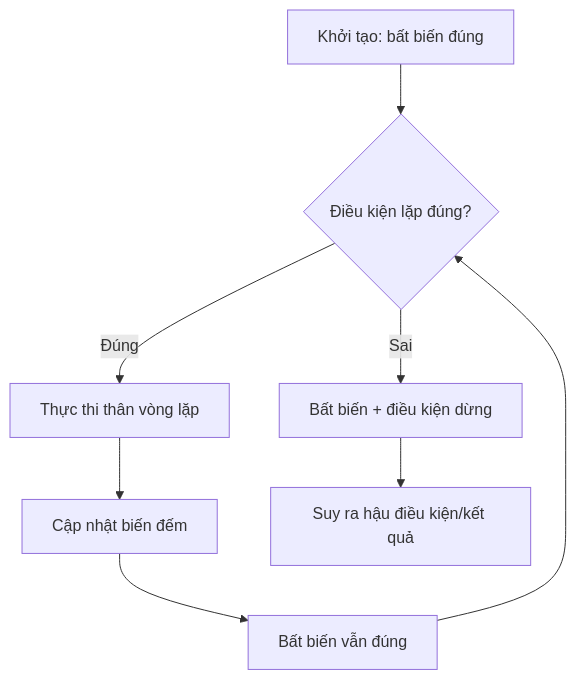
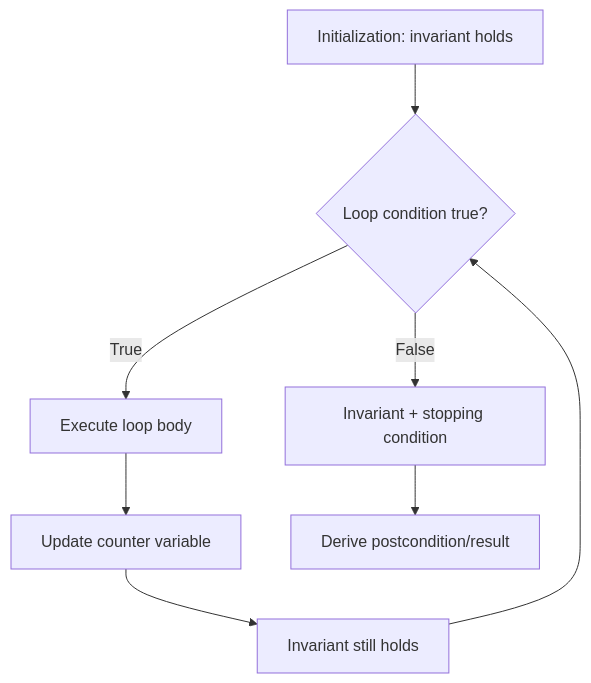
The diagram in module/platform/development/programming/language/java/core/language-basics/content/knowledge/en/22.loops/loops-009.md (phuongnguyenit93/learning-platform-data), drawn with Mermaid before and after one commit. The commit also changed other lines of this file and 2307 other files, not shown here.

```diff
--- a/module/platform/development/programming/language/java/core/language-basics/content/knowledge/en/22.loops/loops-009.md
+++ b/module/platform/development/programming/language/java/core/language-basics/content/knowledge/en/22.loops/loops-009.md
@@ -42,10 +42,10 @@
 ~~~mermaid
 flowchart TD
-    A["Khởi tạo: bất biến đúng"] --> B{"Điều kiện lặp đúng?"}
-    B -- "Đúng" --> C["Thực thi thân vòng lặp"]
-    C --> D["Cập nhật biến đếm"]
-    D --> E["Bất biến vẫn đúng"]
+    A["Initialization: invariant holds"] --> B{"Loop condition true?"}
+    B -- "True" --> C["Execute loop body"]
+    C --> D["Update counter variable"]
+    D --> E["Invariant still holds"]
     E --> B
-    B -- "Sai" --> F["Bất biến + điều kiện dừng"]
-    F --> G["Suy ra hậu điều kiện/kết quả"]
+    B -- "False" --> F["Invariant + stopping condition"]
+    F --> G["Derive postcondition/result"]
 ~~~
```
